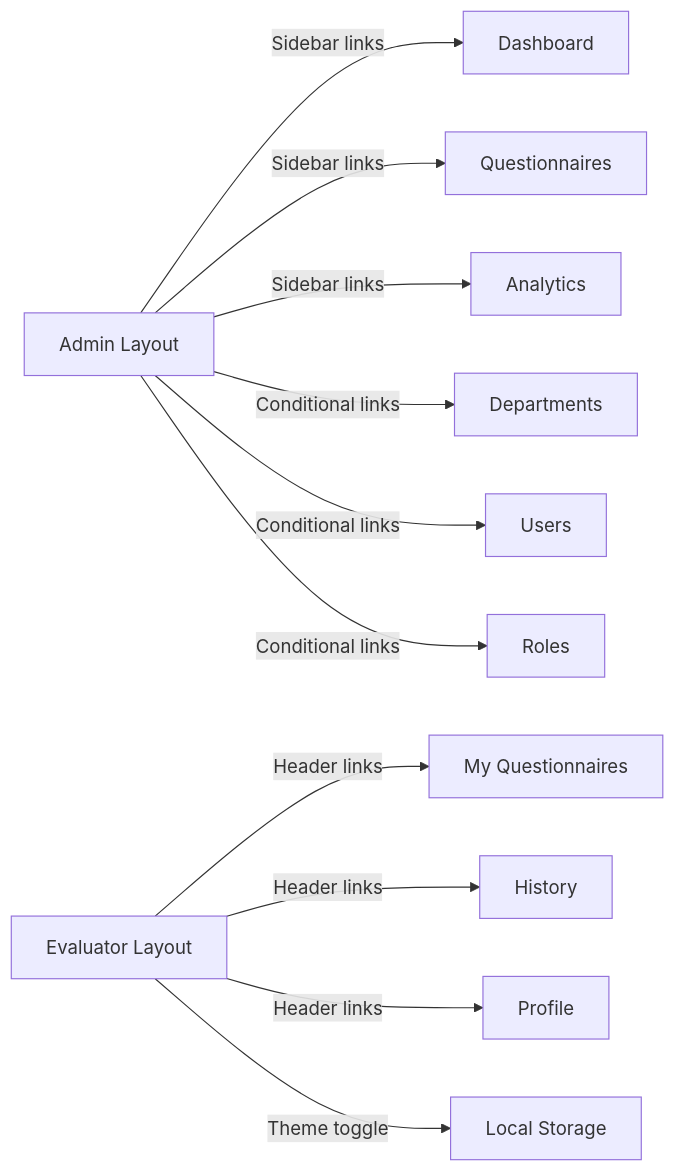
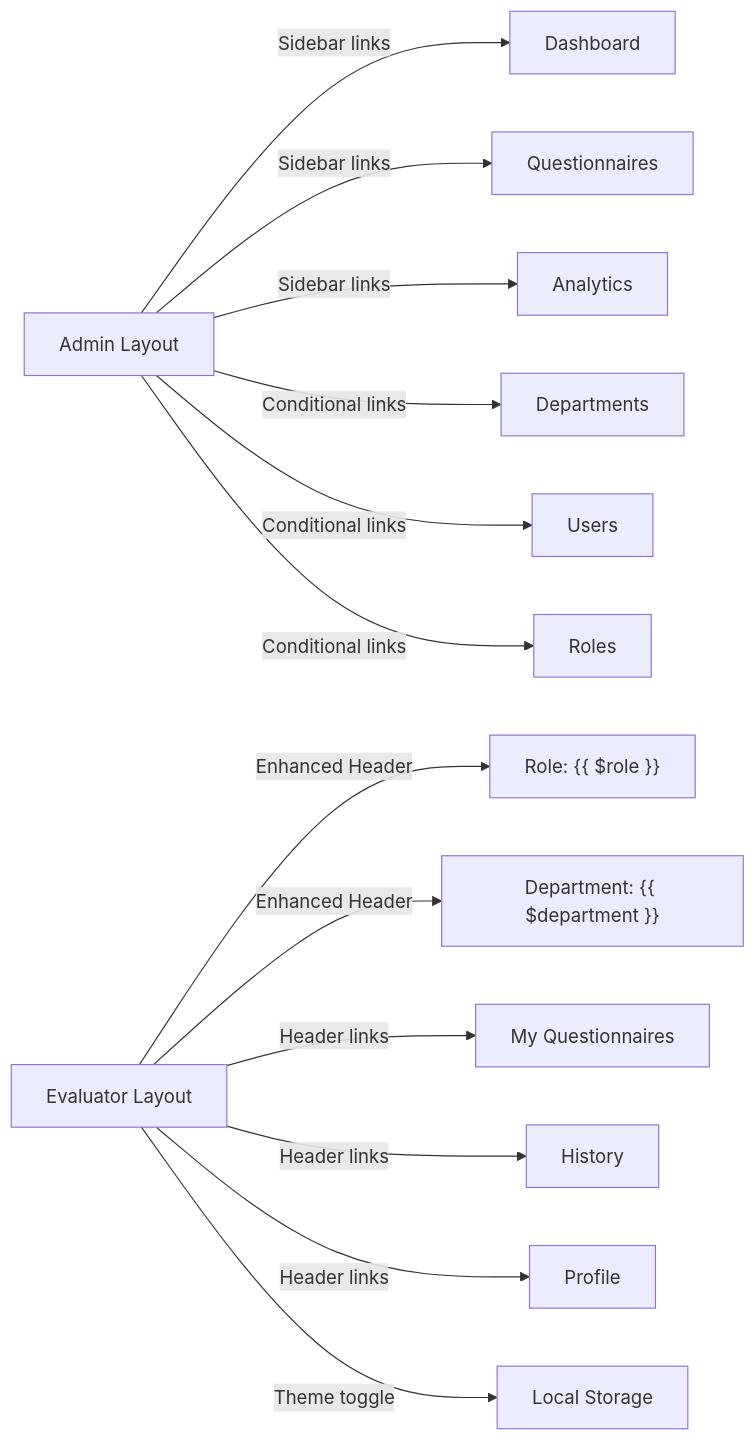
One commit to rudicatsmile/assesment360 changed the fifth of 6 diagrams in .qoder/repowiki/en/content/Core Features/User Dashboard Systems/User Dashboard Systems.md. Above: the diagram before and after it, drawn with Mermaid. The commit also changed other lines of this file and 6 other files, not shown here.

````diff
--- a/.qoder/repowiki/en/content/Core Features/User Dashboard Systems/User Dashboard Systems.md
+++ b/.qoder/repowiki/en/content/Core Features/User Dashboard Systems/User Dashboard Systems.md
@@ -246,13 +276,15 @@
 ```mermaid
 graph LR
 A["Admin Layout"] -- "Sidebar links" --> D["Dashboard"]
 A -- "Sidebar links" --> Q["Questionnaires"]
 A -- "Sidebar links" --> AN["Analytics"]
 A -- "Conditional links" --> DEPT["Departments"]
 A -- "Conditional links" --> UR["Users"]
 A -- "Conditional links" --> RL["Roles"]
-E["Evaluator Layout"] -- "Header links" --> EQ["My Questionnaires"]
+E["Evaluator Layout"] -- "Enhanced Header" --> ROLE["Role: {{ $role }}"]
+E -- "Enhanced Header" --> DEPTINFO["Department: {{ $department }}"]
+E -- "Header links" --> EQ["My Questionnaires"]
 E -- "Header links" --> EH["History"]
 E -- "Header links" --> PF["Profile"]
 E -- "Theme toggle" --> LS["Local Storage"]
 ```
````
